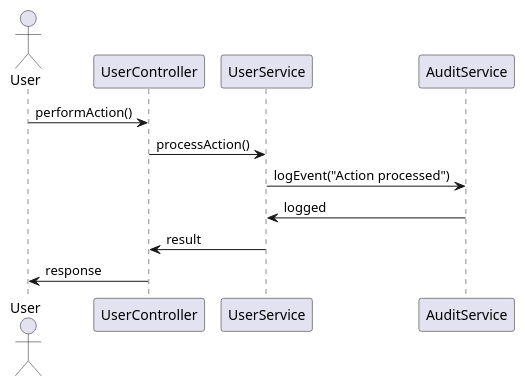
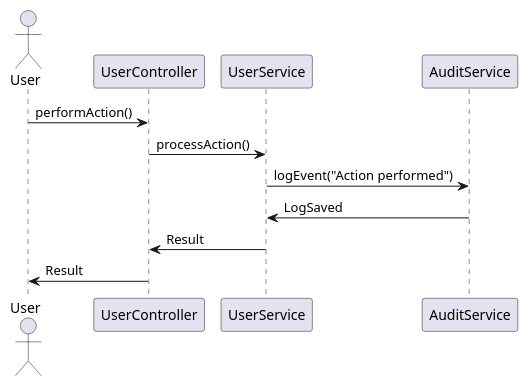
The fourth of 6 diagrams in identityprovider/documentation/detaileddesign.adoc (shreya-cn/autodev.ai), drawn with PlantUML before and after one commit. The commit also changed other lines of this file and 7 other files, not shown here.

```diff
--- a/identityprovider/documentation/detaileddesign.adoc
+++ b/identityprovider/documentation/detaileddesign.adoc
@@ -314,16 +344,16 @@
-[plantuml, business-process-flow, png]
+[plantuml, business-process-sequence, png]
 ----
 @startuml
 actor User
 participant UserController
 participant UserService
 participant AuditService
 
 User -> UserController : performAction()
 UserController -> UserService : processAction()
-UserService -> AuditService : logEvent("Action processed")
-AuditService -> UserService : logged
-UserService -> UserController : result
-UserController -> User : response
+UserService -> AuditService : logEvent("Action performed")
+AuditService -> UserService : LogSaved
+UserService -> UserController : Result
+UserController -> User : Result
 @enduml
 ----
```
